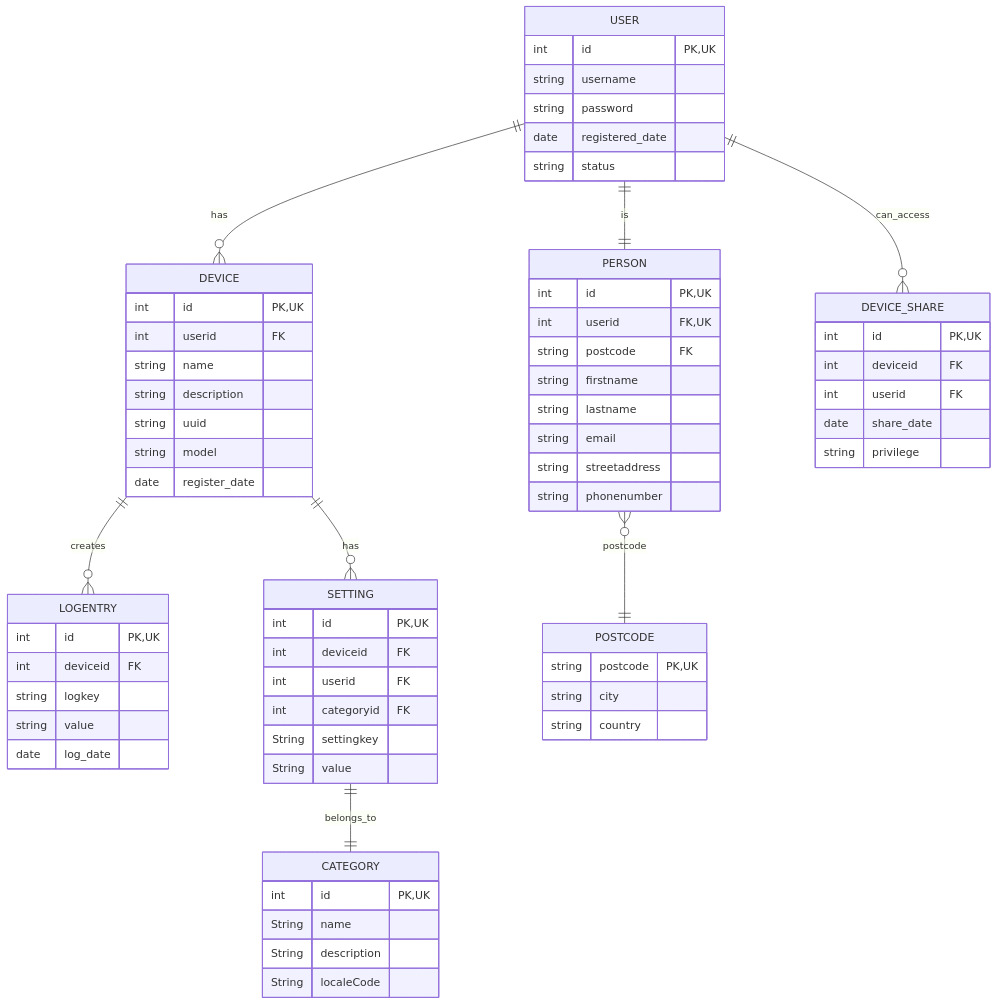
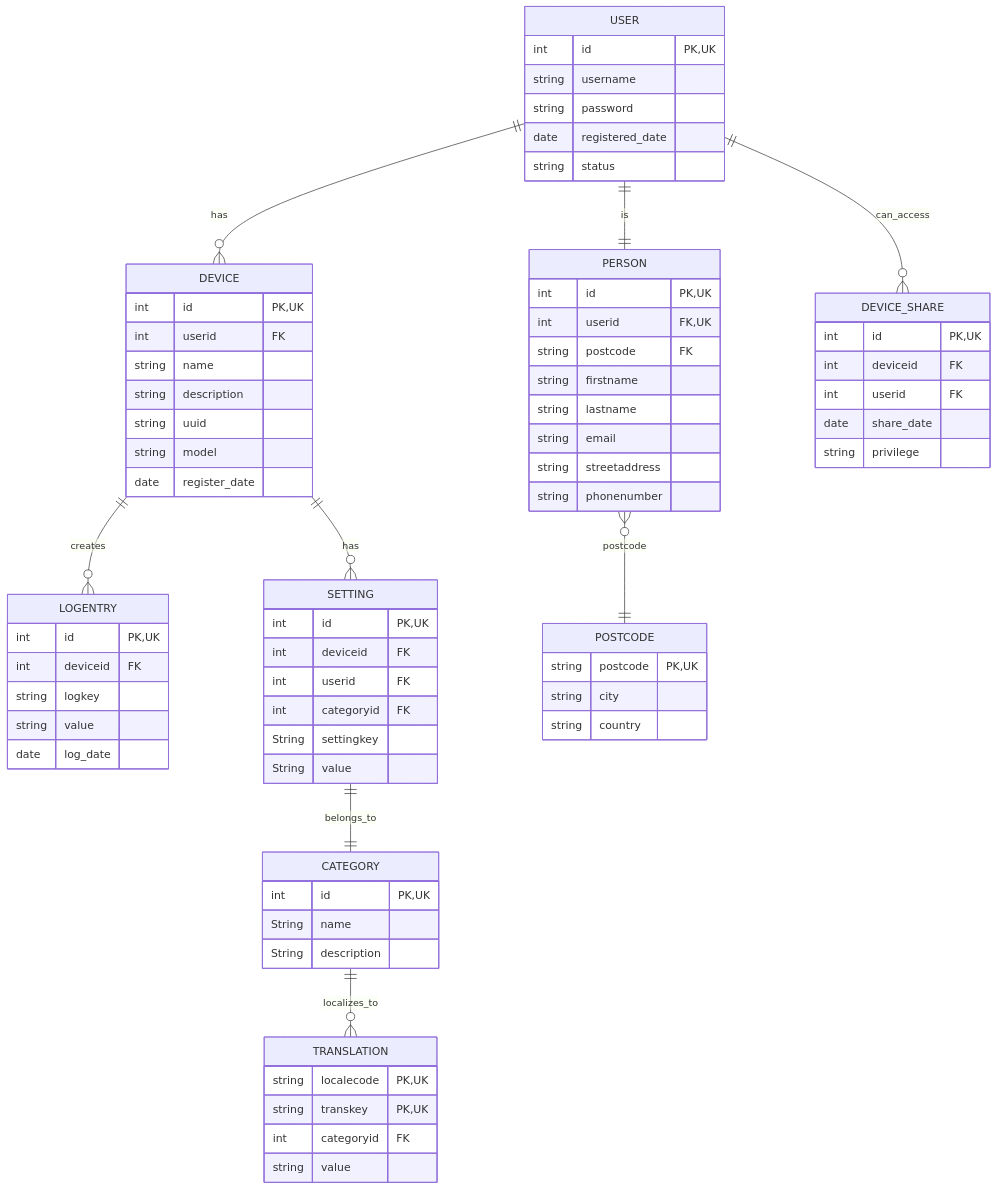
Before and after one commit to 0x6A4B/OTP1: the diagram in docs/diagrams/db.md, drawn with Mermaid. The commit also changed 5 other files, not shown here.

Commit message:
sprint 5 review additions. readme changes. additional diagram pictures added

````diff
--- a/docs/diagrams/db.md
+++ b/docs/diagrams/db.md
@@ -7,6 +7,7 @@
     USER 1--0+ DEVICE_SHARE : can_access
     DEVICE 1--0+ SETTING : has
     SETTING 1--1 CATEGORY : belongs_to
+    CATEGORY 1--0+ TRANSLATION : localizes_to
     PERSON 0+--1 POSTCODE : postcode
 
     USER {
@@ -73,6 +74,12 @@
         int id PK,UK
         String name
         String description
-        String localeCode
+    }
+
+    TRANSLATION {
+        string localecode PK,UK
+        string transkey PK,UK
+        int categoryid FK
+        string value
     }
 ```
````
